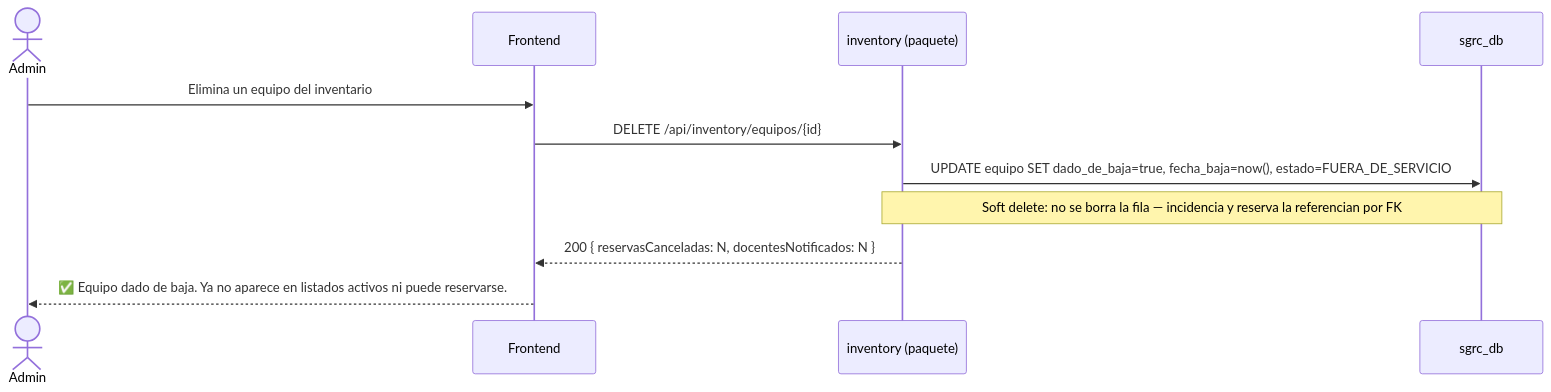
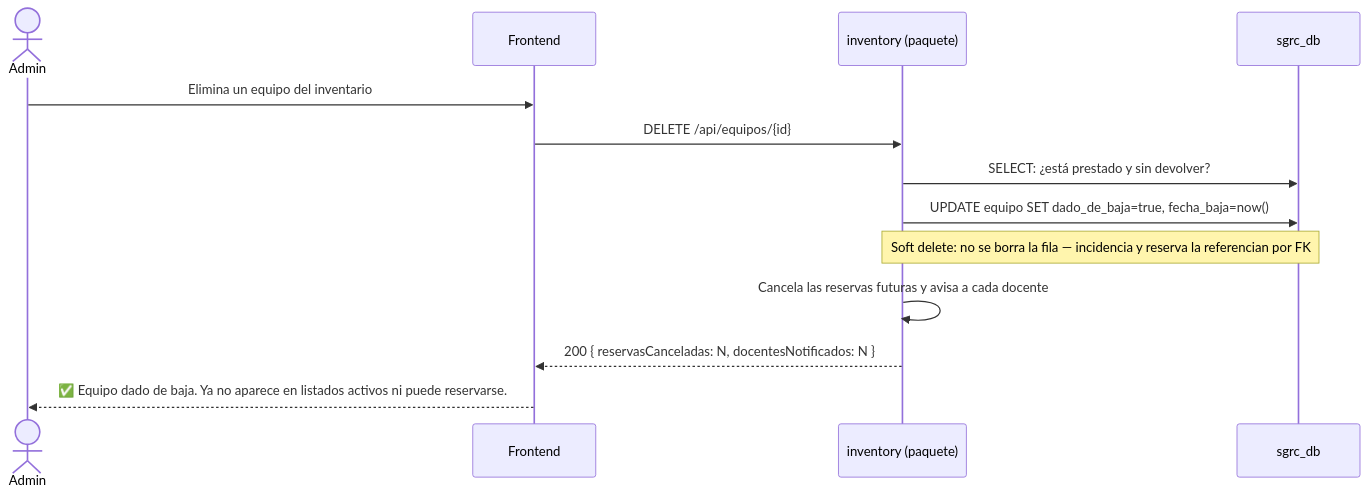
Before and after one commit to agustin-y2k/sgrc: the ninth of 15 diagrams in docs/04-diagramas-secuencia.md, drawn with Mermaid. The commit also changed other lines of this file and 17 other files, not shown here.

````diff
--- a/docs/04-diagramas-secuencia.md
+++ b/docs/04-diagramas-secuencia.md
@@ -288,14 +288,16 @@
 ```mermaid
 sequenceDiagram
     actor ADM as Admin
     participant FE as Frontend
     participant INV as inventory (paquete)
     participant DB as sgrc_db
 
     ADM->>FE: Elimina un equipo del inventario
-    FE->>INV: DELETE /api/inventory/equipos/{id}
-    INV->>DB: UPDATE equipo SET dado_de_baja=true, fecha_baja=now(), estado=FUERA_DE_SERVICIO
+    FE->>INV: DELETE /api/equipos/{id}
+    INV->>DB: SELECT: ¿está prestado y sin devolver?
+    INV->>DB: UPDATE equipo SET dado_de_baja=true, fecha_baja=now()
     Note over INV,DB: Soft delete: no se borra la fila — incidencia y reserva la referencian por FK
+    INV->>INV: Cancela las reservas futuras y avisa a cada docente
     INV-->>FE: 200 { reservasCanceladas: N, docentesNotificados: N }
     FE-->>ADM: ✅ Equipo dado de baja. Ya no aparece en listados activos ni puede reservarse.
 ```
````
